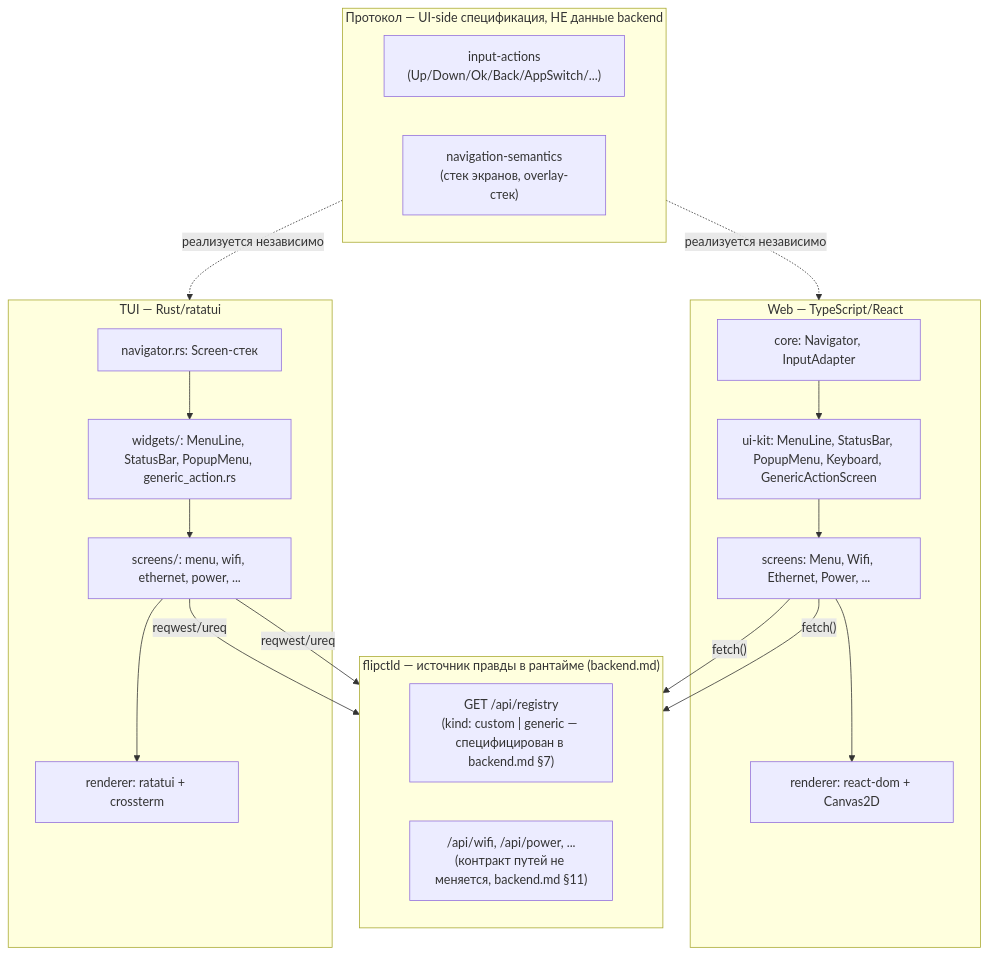
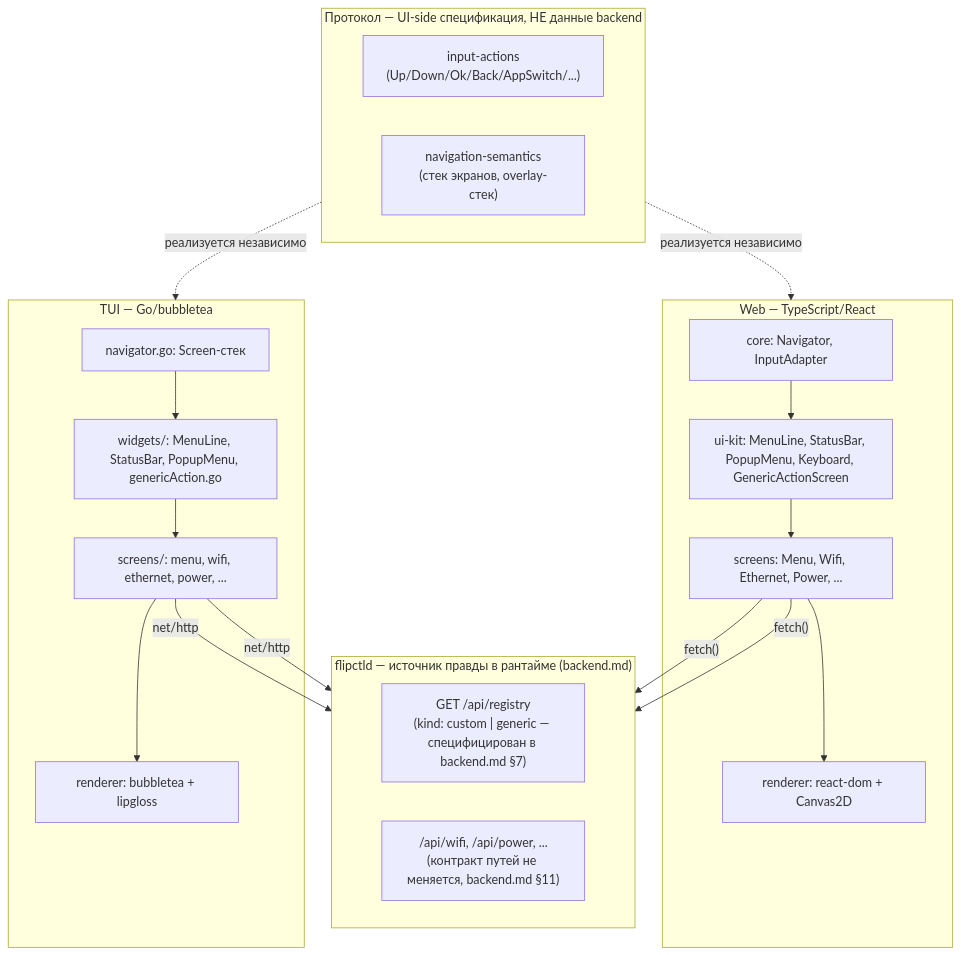
Before and after one commit to Atarity/flipctl: the first of 5 diagrams in frontend.md, drawn with Mermaid. The commit also changed other lines of this file and 3 other files, not shown here.

Commit message:
ratatui (rust) → bubbletea (go)

````diff
--- a/frontend.md
+++ b/frontend.md
@@ -42,38 +42,38 @@
 ```mermaid
 flowchart TB
     subgraph PROTOCOL["Протокол — UI-side спецификация, НЕ данные backend"]
         direction LR
         C1["input-actions\n(Up/Down/Ok/Back/AppSwitch/...)"]
         C4["navigation-semantics\n(стек экранов, overlay-стек)"]
     end
 
     subgraph BACKEND["flipctld — источник правды в рантайме (backend.md)"]
         direction LR
         REG["GET /api/registry\n(kind: custom | generic — специфицирован в backend.md §7)"]
         API["/api/wifi, /api/power, ...\n(контракт путей не меняется, backend.md §11)"]
     end
 
     subgraph WEB["Web — TypeScript/React"]
         W1[core: Navigator, InputAdapter]
         W2["ui-kit: MenuLine, StatusBar, PopupMenu, Keyboard, GenericActionScreen"]
         W3["screens: Menu, Wifi, Ethernet, Power, ..."]
         W4["renderer: react-dom + Canvas2D"]
         W1 --> W2 --> W3 --> W4
     end
 
-    subgraph TUI["TUI — Rust/ratatui"]
-        T1["navigator.rs: Screen-стек"]
-        T2["widgets/: MenuLine, StatusBar, PopupMenu, generic_action.rs"]
+    subgraph TUI["TUI — Go/bubbletea"]
+        T1["navigator.go: Screen-стек"]
+        T2["widgets/: MenuLine, StatusBar, PopupMenu, genericAction.go"]
         T3["screens/: menu, wifi, ethernet, power, ..."]
-        T4["renderer: ratatui + crossterm"]
+        T4["renderer: bubbletea + lipgloss"]
         T1 --> T2 --> T3 --> T4
     end
 
     PROTOCOL -.реализуется независимо.-> WEB
     PROTOCOL -.реализуется независимо.-> TUI
 
     W3 -->|"fetch()"| REG
     W3 -->|"fetch()"| API
-    T3 -->|"reqwest/ureq"| REG
-    T3 -->|"reqwest/ureq"| API
+    T3 -->|"net/http"| REG
+    T3 -->|"net/http"| API
 ```
````
